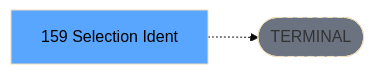
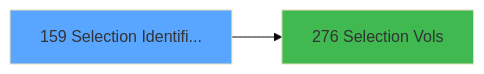
One commit to thonyAGP/magic-migration changed the third of 3 diagrams in .openspec/specs/ADH-IDE-159.md. Above: the diagram before and after it, drawn with Mermaid (base theme). The commit also changed other lines of this file and 493 other files, not shown here.

````diff
--- a/.openspec/specs/ADH-IDE-159.md
+++ b/.openspec/specs/ADH-IDE-159.md
@@ -139,8 +340,8 @@
 ```mermaid
 graph LR
-    T[159 Selection Ident]
-    TERM([TERMINAL])
-    T -.-> TERM
-    style TERM fill:#6b7280,stroke-dasharray: 5 5
-    style T fill:#58a6ff,color:#000
+    T159[159 Selection Identifi...]
+    style T159 fill:#58a6ff
+    C276[276 Selection Vols]
+    T159 --> C276
+    style C276 fill:#3fb950
 ```
````
